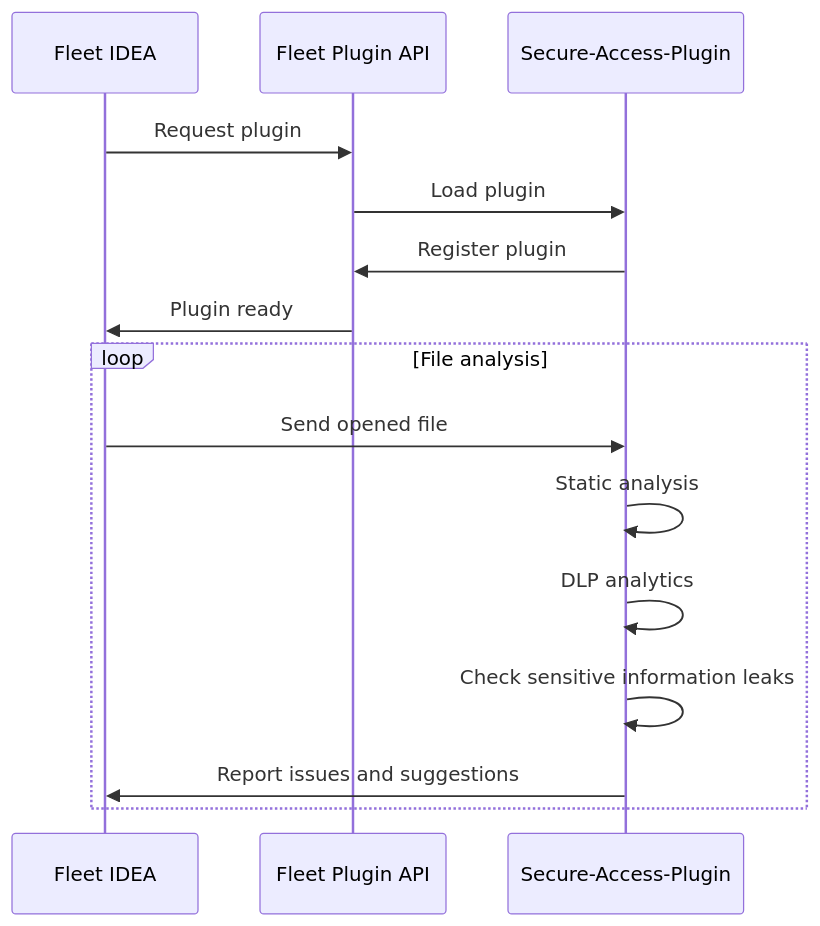
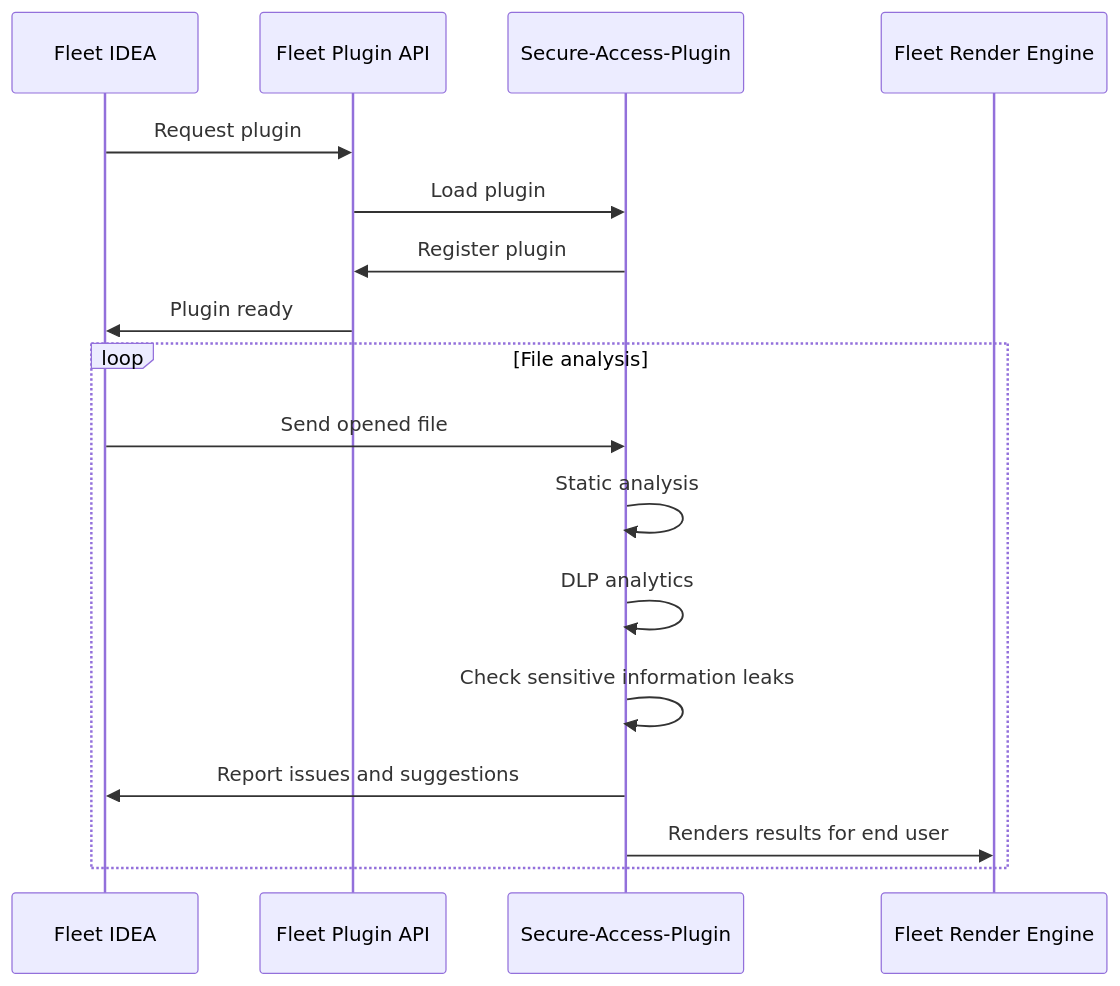
The diagram in dlp-secure-validator.md (kmuhi/jetbrains-fleet-pm-assignment), drawn with Mermaid before and after one commit.

````diff
--- a/dlp-secure-validator.md
+++ b/dlp-secure-validator.md
@@ -1,20 +1,22 @@
 ```mermaid
 
 sequenceDiagram
     participant FleetIDEA as Fleet IDEA
     participant PluginAPI as Fleet Plugin API
     participant SecureAccessPlugin as Secure-Access-Plugin
+    participant FleetIdeaRenderEngine as Fleet Render Engine
 
     FleetIDEA->>PluginAPI: Request plugin
     PluginAPI->>SecureAccessPlugin: Load plugin
     SecureAccessPlugin->>PluginAPI: Register plugin
     PluginAPI->>FleetIDEA: Plugin ready
 
     loop File analysis
         FleetIDEA->>SecureAccessPlugin: Send opened file
         SecureAccessPlugin->>SecureAccessPlugin: Static analysis
         SecureAccessPlugin->>SecureAccessPlugin: DLP analytics
         SecureAccessPlugin->>SecureAccessPlugin: Check sensitive information leaks
         SecureAccessPlugin->>FleetIDEA: Report issues and suggestions
+        SecureAccessPlugin->>FleetIdeaRenderEngine: Renders results for end user
     end
 ```
````
